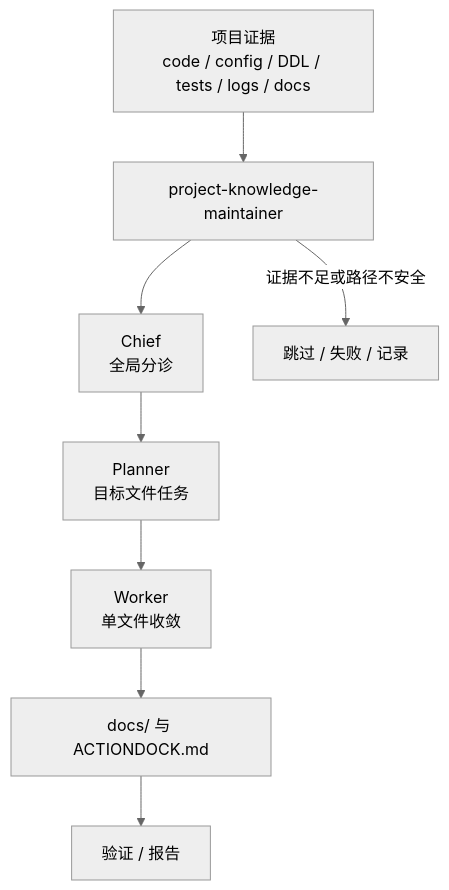
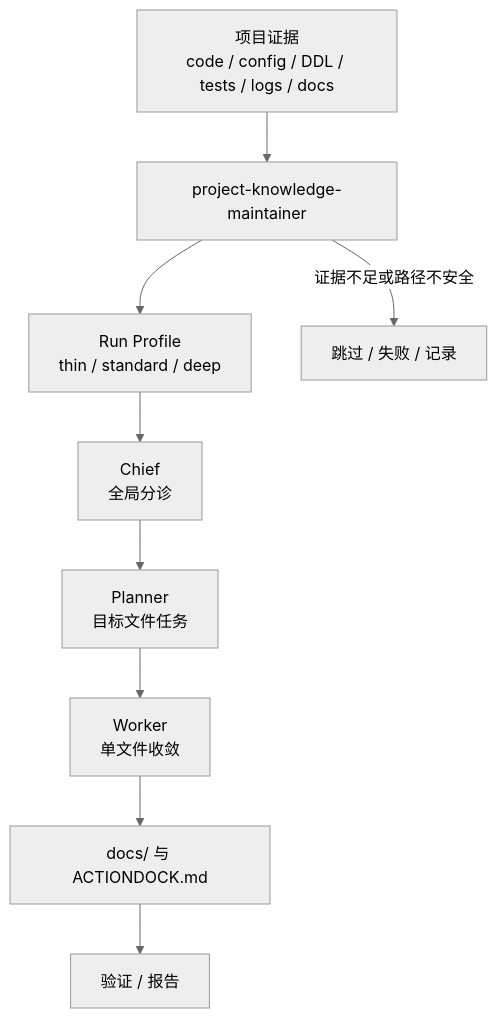
The diagram in docs/project-knowledge.md (team4u/actiondock), drawn with Mermaid (neutral theme) before and after one commit. The commit also changed other lines of this file and 6 other files, not shown here.

````diff
--- a/docs/project-knowledge.md
+++ b/docs/project-knowledge.md
@@ -51,10 +57,11 @@
 ```mermaid
 flowchart TD
   A[项目证据<br/>code / config / DDL / tests / logs / docs] --> B[project-knowledge-maintainer]
-  B --> C[Chief<br/>全局分诊]
-  C --> D[Planner<br/>目标文件任务]
-  D --> E[Worker<br/>单文件收敛]
-  E --> F[docs/ 与 ACTIONDOCK.md]
-  F --> G[验证 / 报告]
-  B -->|证据不足或路径不安全| H[跳过 / 失败 / 记录]
+  B --> C[Run Profile<br/>thin / standard / deep]
+  C --> D[Chief<br/>全局分诊]
+  D --> E[Planner<br/>目标文件任务]
+  E --> F[Worker<br/>单文件收敛]
+  F --> G[docs/ 与 ACTIONDOCK.md]
+  G --> H[验证 / 报告]
+  B -->|证据不足或路径不安全| I[跳过 / 失败 / 记录]
 ```
````
